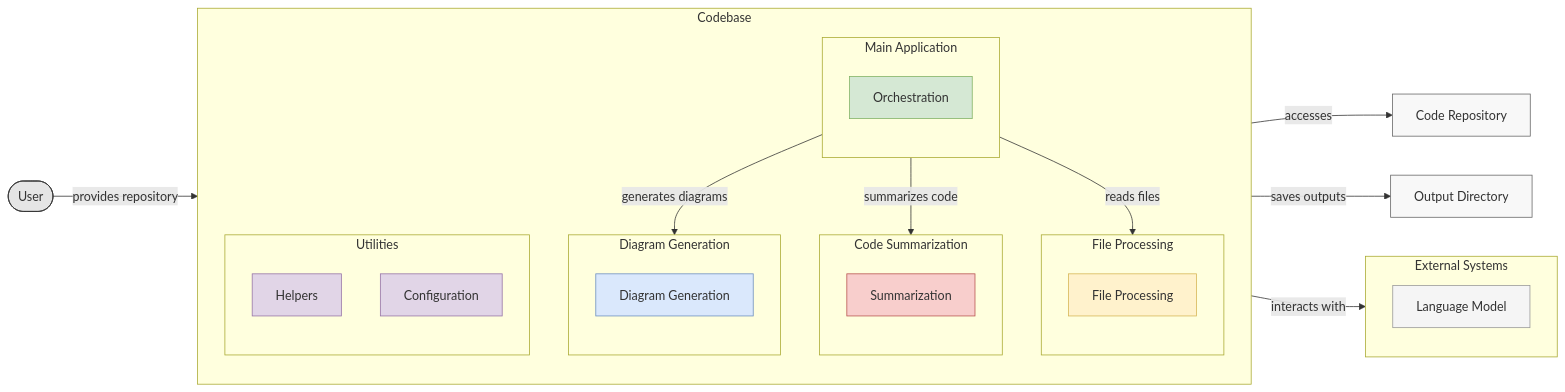
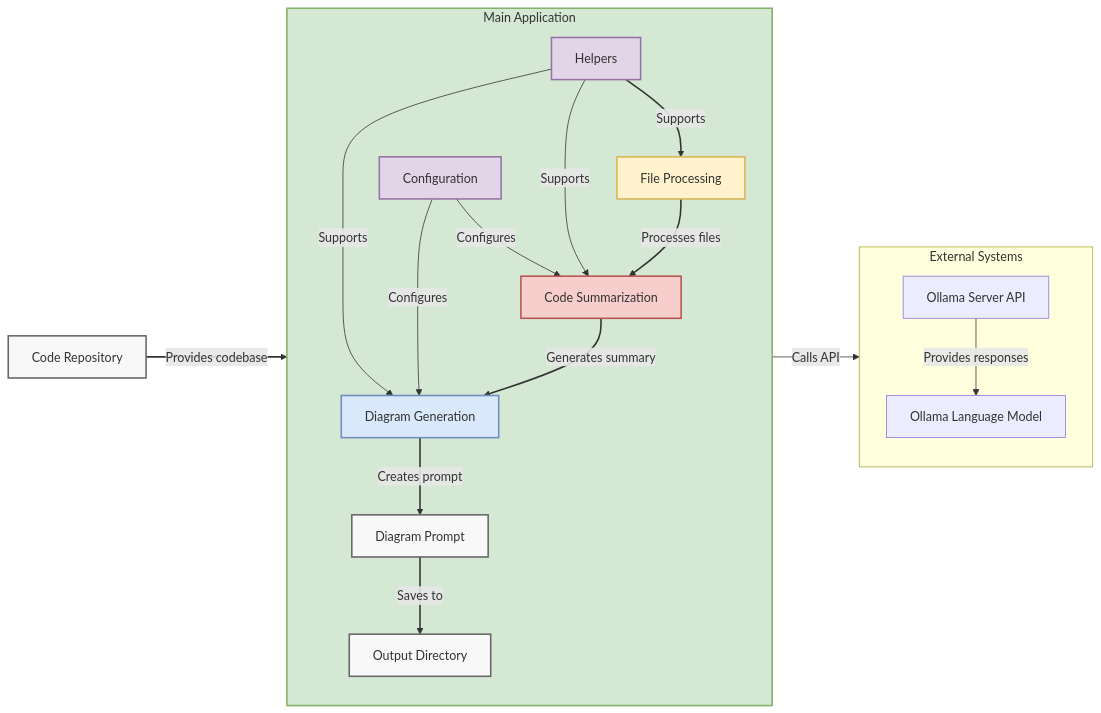
The diagram in README.md (MaartenSmeets/insightcode), drawn with Mermaid before and after one commit.

````diff
--- a/README.md
+++ b/README.md
@@ -5,76 +5,61 @@
 ```mermaid
 flowchart LR
     %% Define styles for different groups
-    classDef user fill:#E5E5E5,stroke:#333333,stroke-width:1px
-    classDef mainApp fill:#D5E8D4,stroke:#82B366,stroke-width:1px
-    classDef fileProc fill:#FFF2CC,stroke:#D6B656,stroke-width:1px
-    classDef summarization fill:#F8CECC,stroke:#B85450,stroke-width:1px
-    classDef diagramGen fill:#DAE8FC,stroke:#6C8EBF,stroke-width:1px
-    classDef utilities fill:#E1D5E7,stroke:#9673A6,stroke-width:1px
-    classDef external fill:#F5F5F5,stroke:#999999,stroke-width:1px
-    classDef dataStore fill:#F8F8F8,stroke:#666666,stroke-width:1px
+    classDef mainApp fill:#D5E8D4,stroke:#82B366,stroke-width:2px
+    classDef fileProc fill:#FFF2CC,stroke:#D6B656,stroke-width:2px
+    classDef summarization fill:#F8CECC,stroke:#B85450,stroke-width:2px
+    classDef diagramGen fill:#DAE8FC,stroke:#6C8EBF,stroke-width:2px
+    classDef utilities fill:#E1D5E7,stroke:#9673A6,stroke-width:2px
+    classDef external fill:#F5F5F5,stroke:#999999,stroke-width:2px
+    classDef dataStore fill:#F8F8F8,stroke:#666666,stroke-width:2px
 
-    %% User and Data Stores
-    User([User])
-    Repository[Code Repository]
-    OutputDirectory[Output Directory]
+    %% Input and Output
+    Repository[Code Repository] -->|Provides codebase| FileProcessing[File Processing]
+
+    %% Main Application
+    subgraph Main_Application [Main Application]
+        direction TB
+        FileProcessing -->|Processes files| Summarization[Code Summarization]
+        Summarization -->|Generates summary| DiagramGeneration[Diagram Generation]
+        DiagramGeneration -->|Creates prompt| OutputPrompt[Diagram Prompt]
+        OutputPrompt -->|Saves to| OutputDirectory[Output Directory]
+        
+        Helpers[Helpers] -->|Supports| FileProcessing
+        Configuration[Configuration] -->|Configures| Summarization
+        Helpers -->|Supports| Summarization
+        Configuration -->|Configures| DiagramGeneration
+        Helpers -->|Supports| DiagramGeneration
+    end
+    class Main_Application mainApp
 
     %% External Systems
-    subgraph ExternalSystems [External Systems]
+    subgraph External_Systems [External Systems]
         direction TB
-        LLM[Language Model]
+        Summarization -->|Calls API| OllamaAPI[Ollama Server API]
+        OllamaAPI -->|Provides responses| OllamaLLM[Ollama Language Model]
     end
-    class LLM external
+    class OllamaAPI, OllamaLLM
 
-    %% Codebase Components
-    subgraph Codebase [Codebase]
-        direction TB
+    %% Data Stores
+    class Repository,OutputDirectory,OutputPrompt dataStore
 
-        subgraph MainApplication [Main Application]
-            direction TB
-            Orchestration[Orchestration]
-        end
-        class Orchestration mainApp
+    %% Utilities
+    class Helpers,Configuration utilities
 
-        subgraph FileProcessing [File Processing]
-            direction TB
-            FileProcessingModule[File Processing]
-        end
-        class FileProcessingModule fileProc
+    %% Assign classes to components
+    class FileProcessing fileProc
+    class Summarization summarization
+    class DiagramGeneration diagramGen
 
-        subgraph Summarization [Code Summarization]
-            direction TB
-            SummarizationModule[Summarization]
-        end
-        class SummarizationModule summarization
+    %% Layout adjustments to minimize crossing lines
+    %% Position external systems to the right
+    %% Ensure repository is on the far left
 
-        subgraph DiagramGeneration [Diagram Generation]
-            direction TB
-            DiagramGenerationModule[Diagram Generation]
-        end
-        class DiagramGenerationModule diagramGen
-
-        subgraph Utilities [Utilities]
-            direction TB
-            Helpers
-            Configuration
-        end
-        class Helpers,Configuration utilities
-    end
-
-    %% Connections
-    User -->|provides repository| Orchestration
-    Orchestration -->|reads files| FileProcessingModule
-    FileProcessingModule -->|accesses| Repository
-    Orchestration -->|summarizes code| SummarizationModule
-    SummarizationModule -->|interacts with| LLM
-    Orchestration -->|generates diagrams| DiagramGenerationModule
-    Orchestration -->|saves outputs| OutputDirectory
-
-    %% Implicit use of Utilities
-    %% (Utilities are used by all components within Codebase)
-
-    %% Assign classes to data stores and user
-    class User user
-    class Repository,OutputDirectory dataStore
+    %% Additional styling to enhance professionalism
+    linkStyle 0 stroke:#333, stroke-width:2px
+    linkStyle 1 stroke:#333, stroke-width:2px
+    linkStyle 2 stroke:#333, stroke-width:2px
+    linkStyle 3 stroke:#333, stroke-width:2px
+    linkStyle 4 stroke:#333, stroke-width:2px
+    linkStyle 5 stroke:#333, stroke-width:2px
 ```
````
